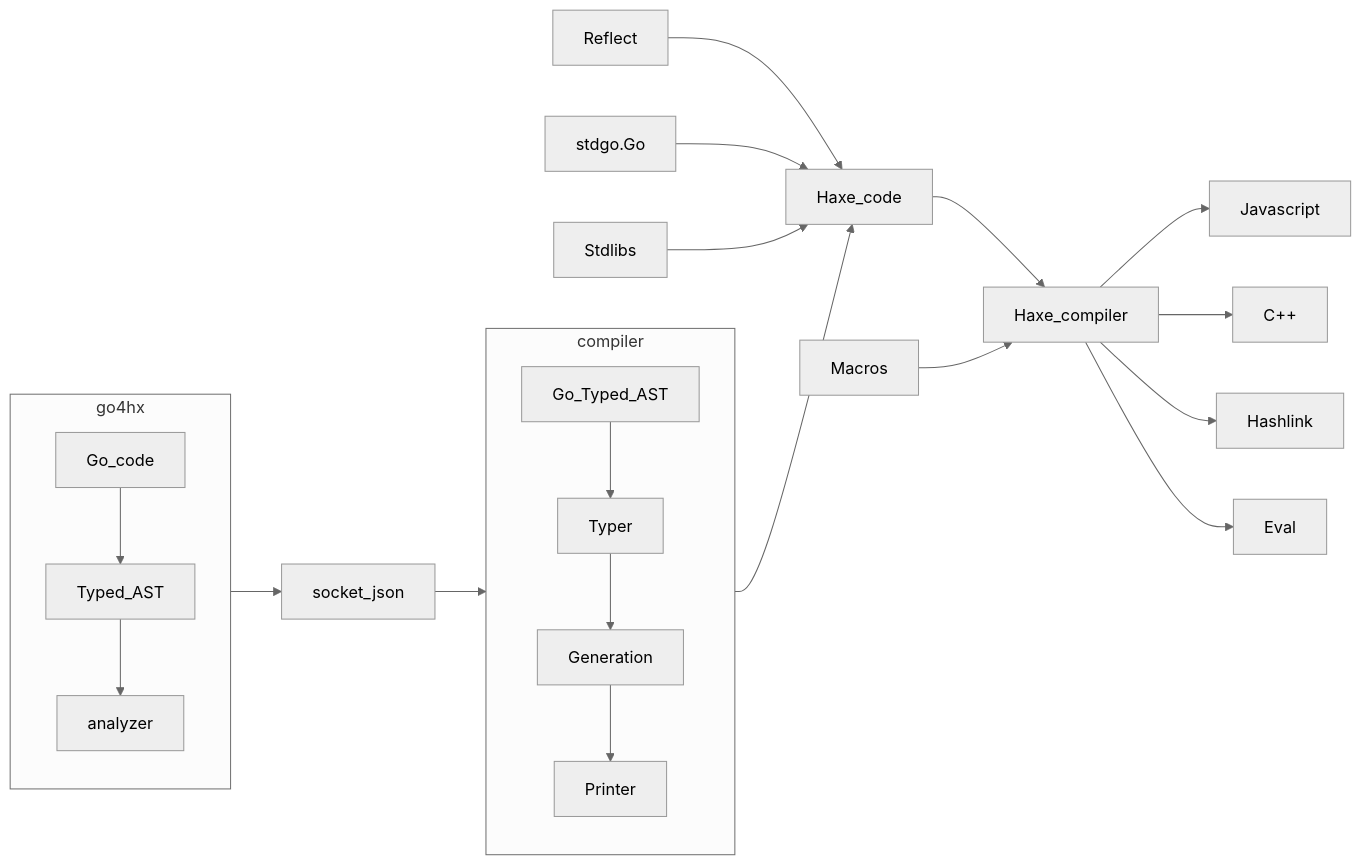
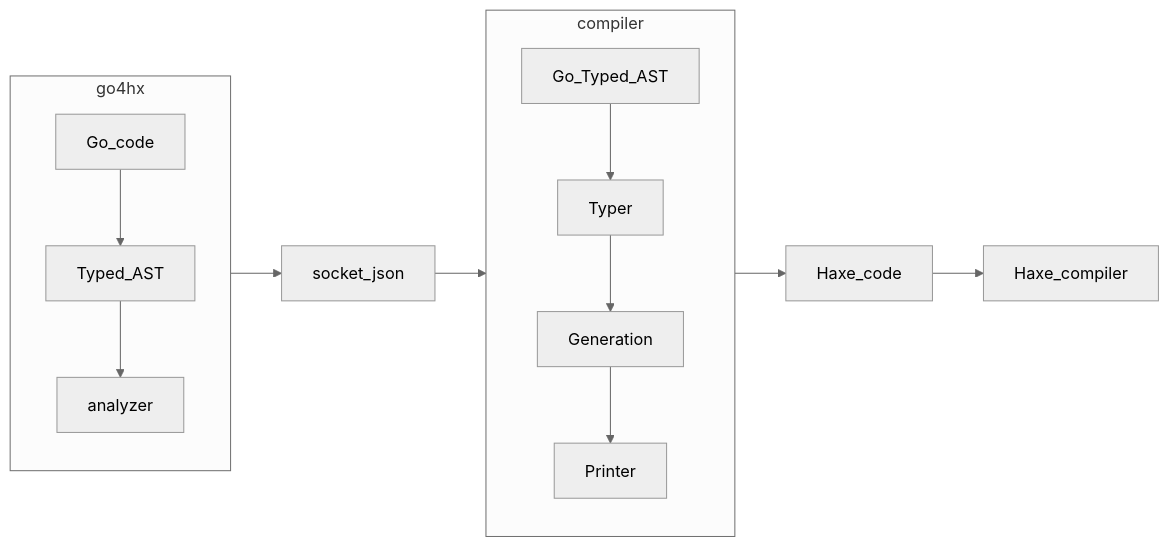
The diagram in README.MD (go2hx/go2hx), drawn with Mermaid (neutral theme) before and after one commit.

Commit message:
README: remove the extra pieces

````diff
--- a/README.MD
+++ b/README.MD
@@ -44,21 +44,12 @@
 ```mermaid
 flowchart LR
   go4hx-->socket_json-->compiler-->Haxe_code-->Haxe_compiler
 
   subgraph go4hx
     Go_code-->Typed_AST-->analyzer
   end
 
   subgraph compiler
     Go_Typed_AST --> Typer --> Generation --> Printer
   end
-
-Macros-->Haxe_compiler
-Reflect-->Haxe_code
-stdgo.Go-->Haxe_code
-Stdlibs-->Haxe_code
-Haxe_compiler-->Javascript
-Haxe_compiler-->C++
-Haxe_compiler-->Hashlink
-Haxe_compiler-->Eval
 ```
````
